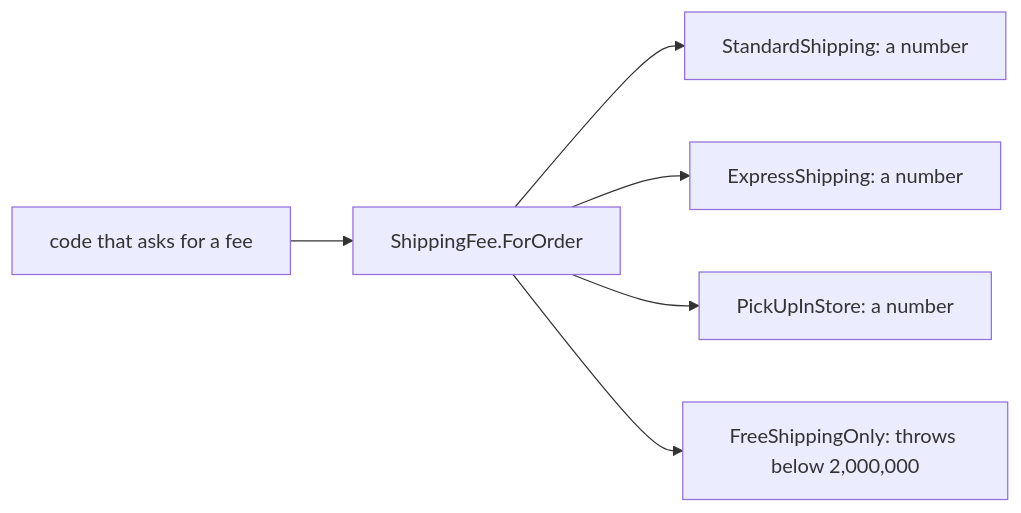
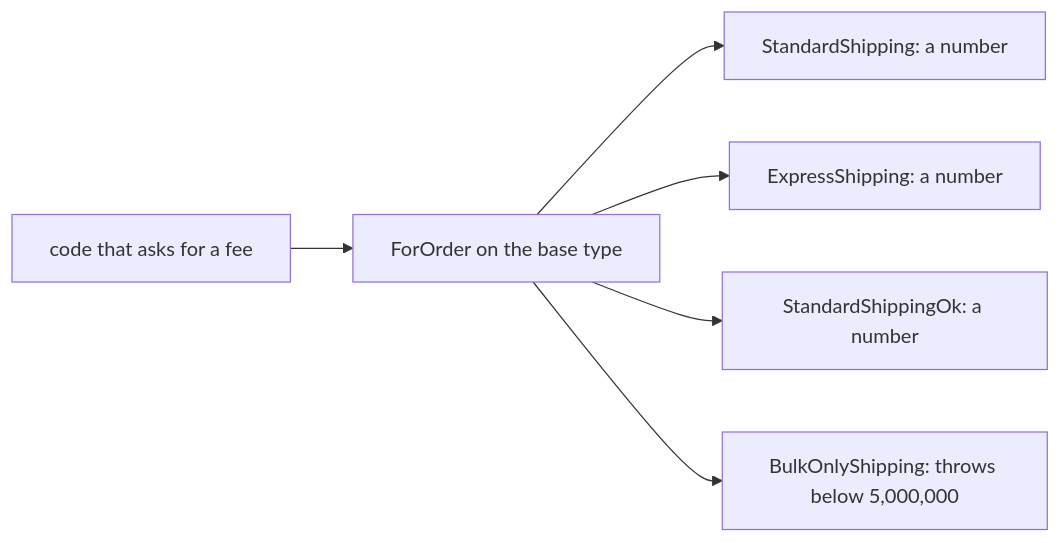
One commit to duyan11110/lo-trinh-architect changed the diagram in content/tracks/design/solid/design.l1.solid-lsp.en.md. Above: the diagram before and after it, drawn with Mermaid. The commit also changed other lines of this file and 4 other files, not shown here.

````diff
--- a/content/tracks/design/solid/design.l1.solid-lsp.en.md
+++ b/content/tracks/design/solid/design.l1.solid-lsp.en.md
@@ -39,8 +39,8 @@
 ```mermaid
 flowchart LR
-  C[code that asks for a fee] --> F[ShippingFee.ForOrder]
+  C[code that asks for a fee] --> F[ForOrder on the base type]
   F --> S[StandardShipping: a number]
   F --> E[ExpressShipping: a number]
-  F --> P[PickUpInStore: a number]
-  F --> X[FreeShippingOnly: throws below 2,000,000]
+  F --> K[StandardShippingOk: a number]
+  F --> X[BulkOnlyShipping: throws below 5,000,000]
 ```
````
